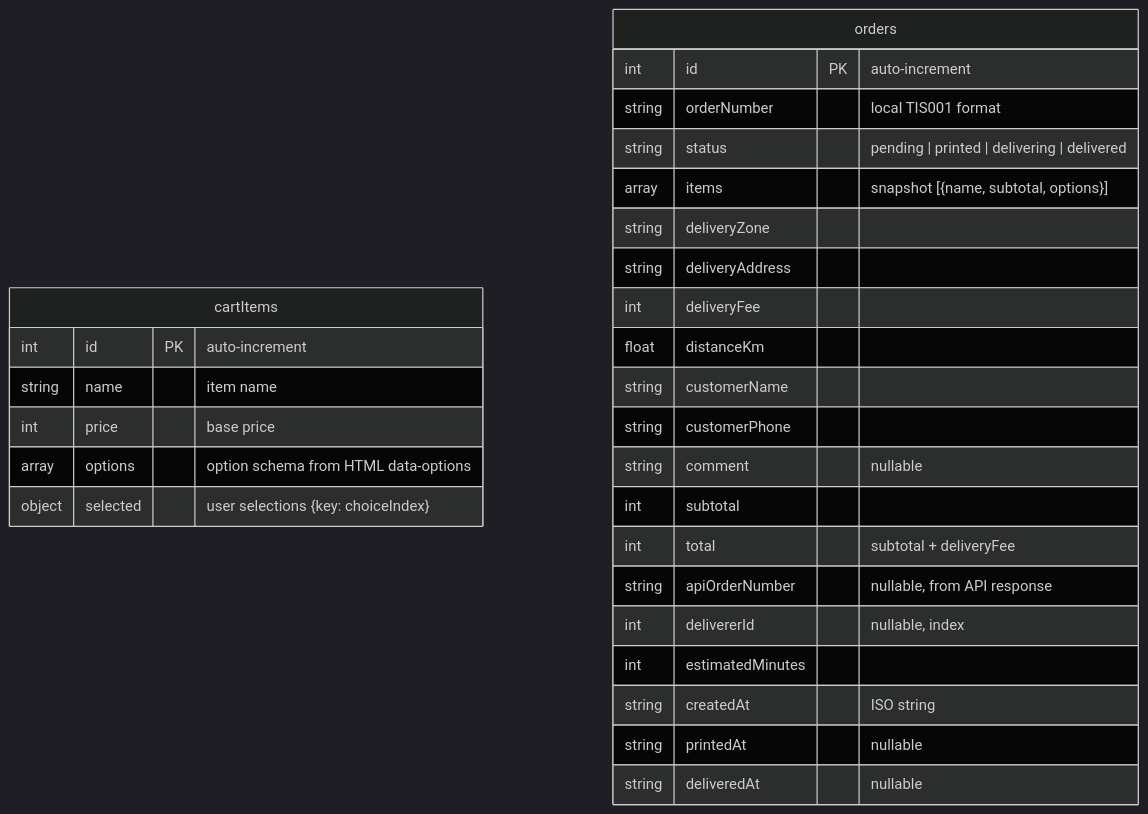
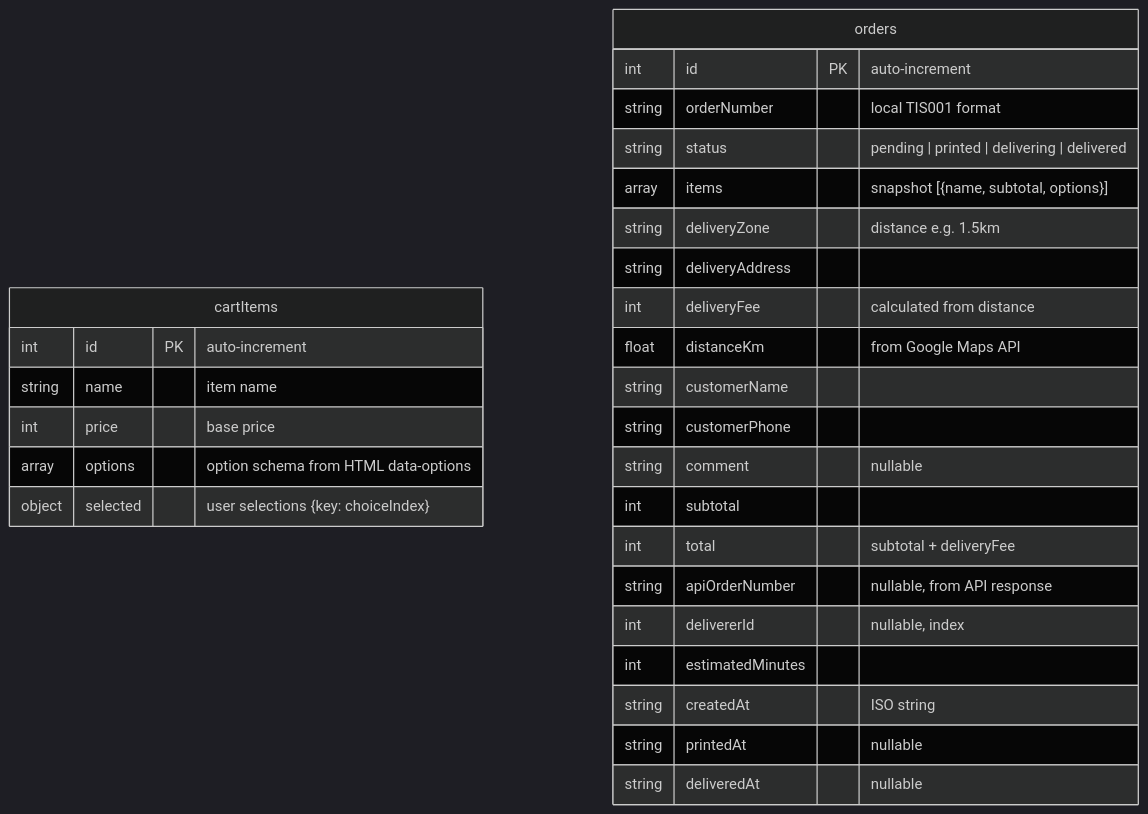
Before and after one commit to HKPooPoo/My_CLI_Re: the second of 4 diagrams in frontend/pages/restaurant/ERD.md, drawn with Mermaid (dark theme). The commit also changed other lines of this file, not shown here.

First line of the commit message:
Update ERD: add Google Maps, Stripe, distance-based fees, new routes

````diff
--- a/frontend/pages/restaurant/ERD.md
+++ b/frontend/pages/restaurant/ERD.md
@@ -131,32 +131,32 @@
 ```mermaid
 erDiagram
     cartItems {
         int id PK "auto-increment"
         string name "item name"
         int price "base price"
         array options "option schema from HTML data-options"
         object selected "user selections {key: choiceIndex}"
     }
 
     orders {
         int id PK "auto-increment"
         string orderNumber "local TIS001 format"
         string status "pending | printed | delivering | delivered"
         array items "snapshot [{name, subtotal, options}]"
-        string deliveryZone
+        string deliveryZone "distance e.g. 1.5km"
         string deliveryAddress
-        int deliveryFee
-        float distanceKm
+        int deliveryFee "calculated from distance"
+        float distanceKm "from Google Maps API"
         string customerName
         string customerPhone
         string comment "nullable"
         int subtotal
         int total "subtotal + deliveryFee"
         string apiOrderNumber "nullable, from API response"
         int delivererId "nullable, index"
         int estimatedMinutes
         string createdAt "ISO string"
         string printedAt "nullable"
         string deliveredAt "nullable"
     }
 ```
````
